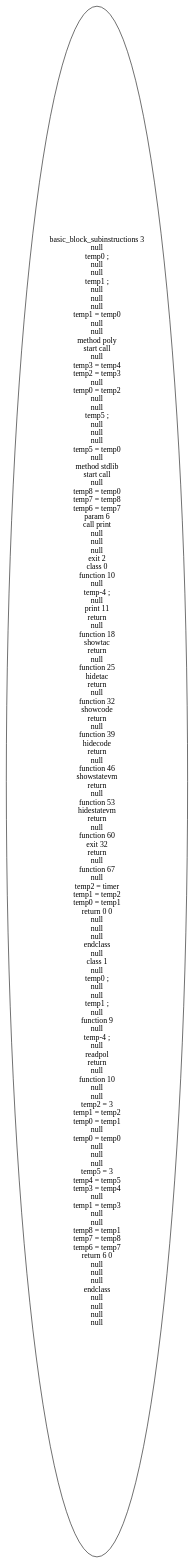
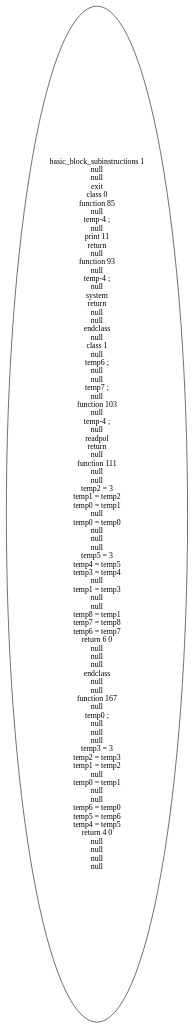
One commit to forgesecurity/accassias changed the diagram in src/cfg.dot. Above: the diagram before and after it, drawn with Graphviz. The commit also changed 143 other files, not shown here.

```diff
--- a/src/cfg.dot
+++ b/src/cfg.dot
@@ -1,6 +1,6 @@
 digraph cfg {
 ordering=out;
-basic_block1 [label="basic_block_subinstructions 3\nnull\ntemp0 ; \nnull\nnull\ntemp1 ; \nnull\nnull\nnull\ntemp1 = temp0\nnull\nnull\nmethod poly\nstart call \nnull\ntemp3 = temp4\ntemp2 = temp3\nnull\ntemp0 = temp2\nnull\nnull\ntemp5 ; \nnull\nnull\nnull\ntemp5 = temp0\nnull\nmethod stdlib\nstart call \nnull\ntemp8 = temp0\ntemp7 = temp8\ntemp6 = temp7\nparam 6\ncall print\nnull\nnull\nnull\nexit 2\nclass 0\nfunction 10\nnull\ntemp-4 ; \nnull\nprint 11\nreturn\nnull\nfunction 18\nshowtac \nreturn\nnull\nfunction 25\nhidetac \nreturn\nnull\nfunction 32\nshowcode \nreturn\nnull\nfunction 39\nhidecode \nreturn\nnull\nfunction 46\nshowstatevm \nreturn\nnull\nfunction 53\nhidestatevm \nreturn\nnull\nfunction 60\nexit 32\nreturn\nnull\nfunction 67\nnull\ntemp2 = timer\ntemp1 = temp2\ntemp0 = temp1\nreturn 0 0\nnull\nnull\nnull\nendclass \nnull\nclass 1\nnull\ntemp0 ; \nnull\nnull\ntemp1 ; \nnull\nfunction 9\nnull\ntemp-4 ; \nnull\nreadpol \nreturn\nnull\nfunction 10\nnull\nnull\ntemp2 = 3\ntemp1 = temp2\ntemp0 = temp1\nnull\ntemp0 = temp0\nnull\nnull\nnull\ntemp5 = 3\ntemp4 = temp5\ntemp3 = temp4\nnull\ntemp1 = temp3\nnull\nnull\ntemp8 = temp1\ntemp7 = temp8\ntemp6 = temp7\nreturn 6 0\nnull\nnull\nnull\nendclass \nnull\nnull\nnull\nnull\n"];
+basic_block2 [label="basic_block_subinstructions 1\nnull\nnull\nexit \nclass 0\nfunction 85\nnull\ntemp-4 ; \nnull\nprint 11\nreturn\nnull\nfunction 93\nnull\ntemp-4 ; \nnull\nsystem \nreturn\nnull\nnull\nendclass \nnull\nclass 1\nnull\ntemp6 ; \nnull\nnull\ntemp7 ; \nnull\nfunction 103\nnull\ntemp-4 ; \nnull\nreadpol \nreturn\nnull\nfunction 111\nnull\nnull\ntemp2 = 3\ntemp1 = temp2\ntemp0 = temp1\nnull\ntemp0 = temp0\nnull\nnull\nnull\ntemp5 = 3\ntemp4 = temp5\ntemp3 = temp4\nnull\ntemp1 = temp3\nnull\nnull\ntemp8 = temp1\ntemp7 = temp8\ntemp6 = temp7\nreturn 6 0\nnull\nnull\nnull\nendclass \nnull\nnull\nfunction 167\nnull\ntemp0 ; \nnull\nnull\nnull\ntemp3 = 3\ntemp2 = temp3\ntemp1 = temp2\nnull\ntemp0 = temp1\nnull\nnull\ntemp6 = temp0\ntemp5 = temp6\ntemp4 = temp5\nreturn 4 0\nnull\nnull\nnull\nnull\n"];
 
 
 }
```
